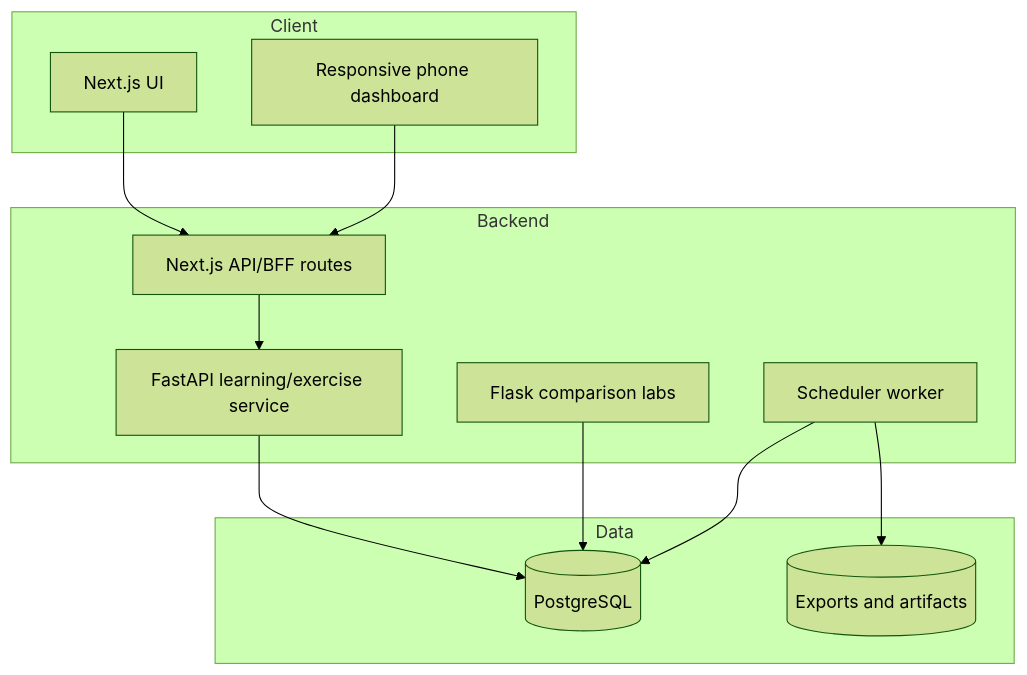
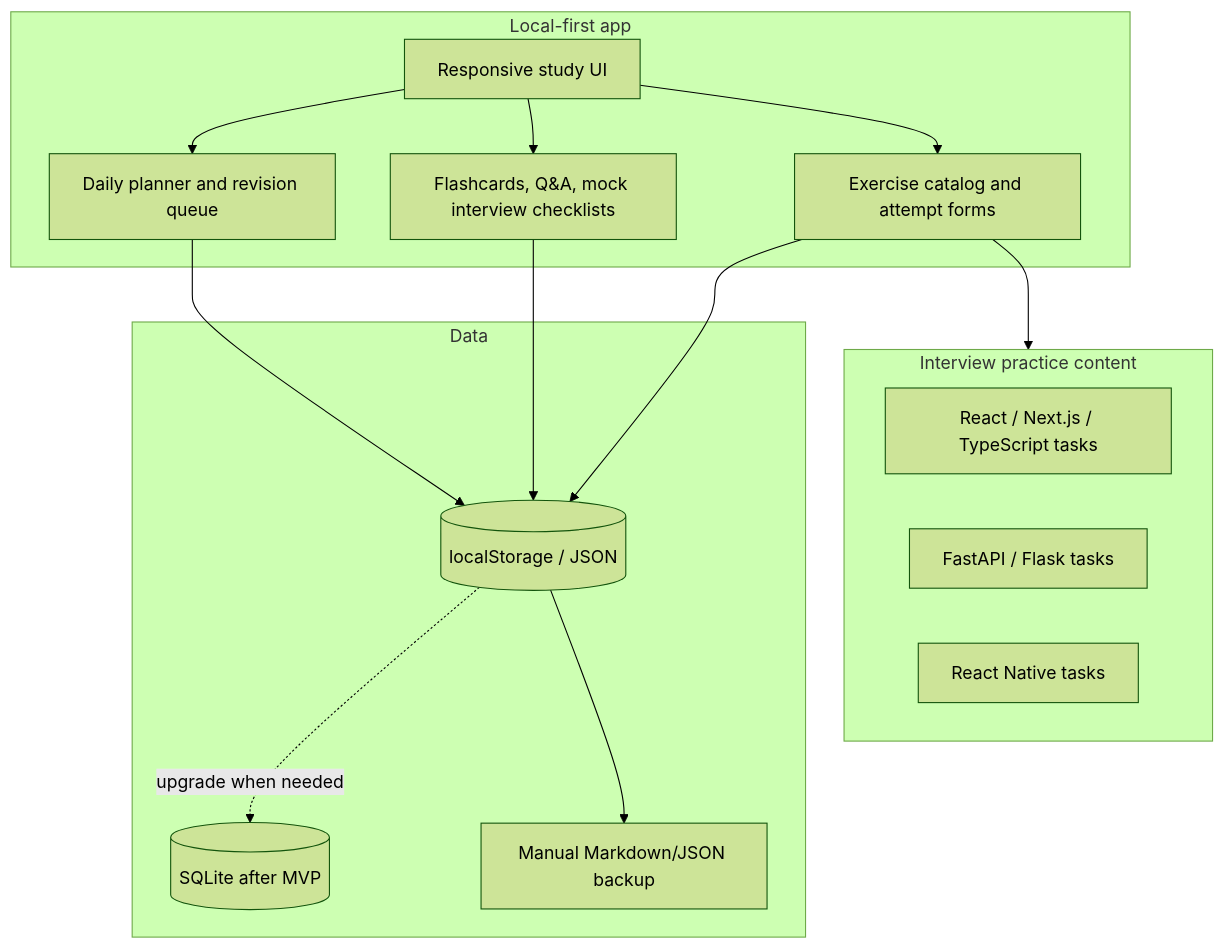
Before and after one commit to enkay01/intervew-prep-app: the second of 6 diagrams in docs/architecture.md, drawn with Mermaid (forest theme). The commit also changed other lines of this file and 6 other files, not shown here.

Commit message:
Align prep app docs with personal study scope

````diff
--- a/docs/architecture.md
+++ b/docs/architecture.md
@@ -21,27 +18,31 @@
 ```mermaid
 flowchart TB
-  subgraph Client
-    NextUI["Next.js UI"]
-    MobileView["Responsive phone dashboard"]
-  end
-
-  subgraph Backend
-    ApiRoutes["Next.js API/BFF routes"]
-    PythonAPI["FastAPI learning/exercise service"]
-    FlaskLabs["Flask comparison labs"]
-    Worker["Scheduler worker"]
+  subgraph LocalApp["Local-first app"]
+    UI["Responsive study UI"]
+    Planner["Daily planner and revision queue"]
+    Trainer["Flashcards, Q&A, mock interview checklists"]
+    Exercises["Exercise catalog and attempt forms"]
   end
 
   subgraph Data
-    Postgres[("PostgreSQL")]
-    ObjectStore[("Exports and artifacts")]
+    LocalStore[("localStorage / JSON")]
+    SQLite[("SQLite after MVP")]
+    Backup["Manual Markdown/JSON backup"]
   end
 
-  NextUI --> ApiRoutes
-  MobileView --> ApiRoutes
-  ApiRoutes --> PythonAPI
-  PythonAPI --> Postgres
-  FlaskLabs --> Postgres
-  Worker --> Postgres
-  Worker --> ObjectStore
+  subgraph StudyContent["Interview practice content"]
+    ReactNext["React / Next.js / TypeScript tasks"]
+    PythonAPIPractice["FastAPI / Flask tasks"]
+    NativePractice["React Native tasks"]
+  end
+
+  UI --> Planner
+  UI --> Trainer
+  UI --> Exercises
+  Planner --> LocalStore
+  Trainer --> LocalStore
+  Exercises --> LocalStore
+  LocalStore -. upgrade when needed .-> SQLite
+  LocalStore --> Backup
+  Exercises --> StudyContent
 ```
````
